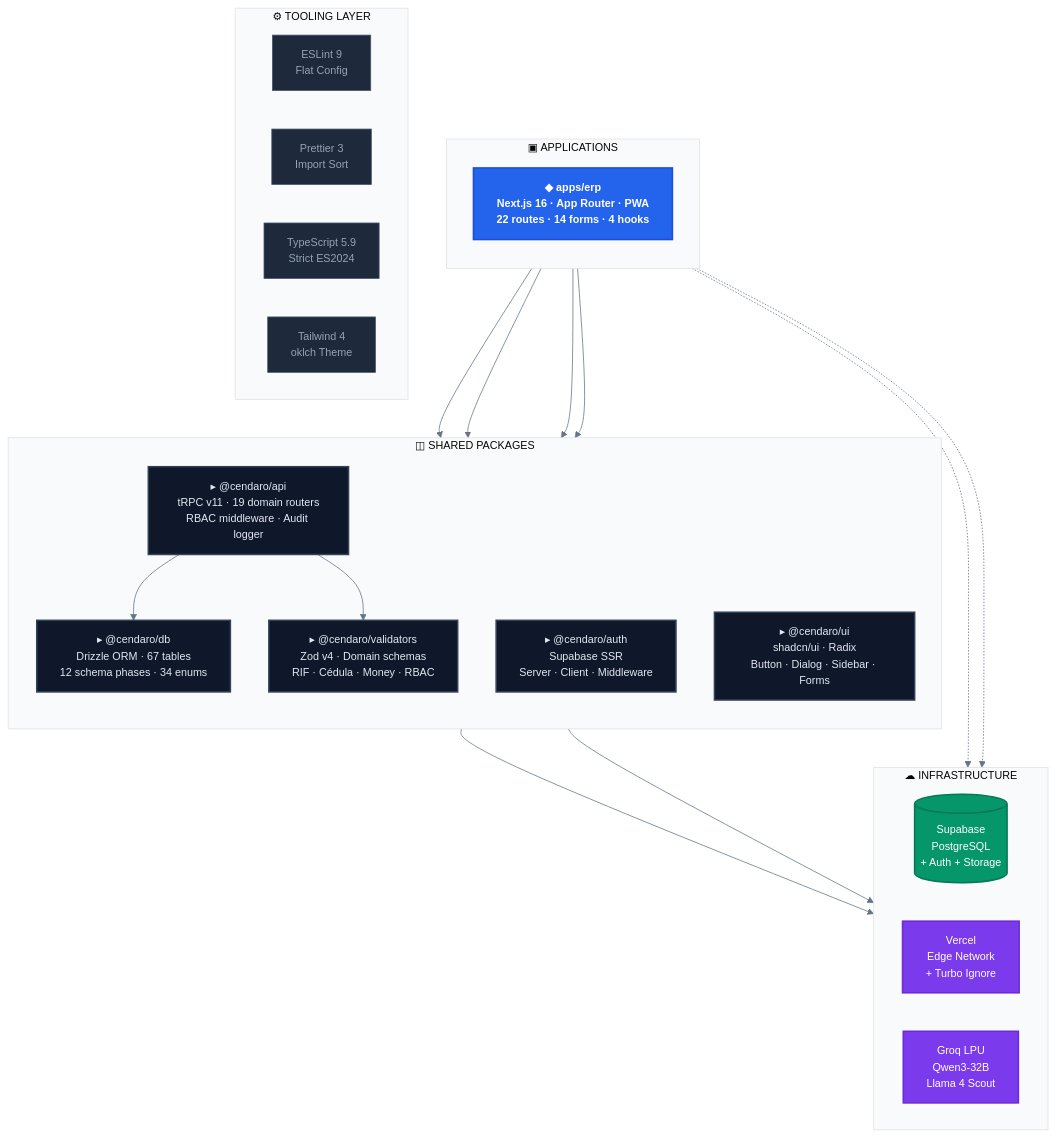
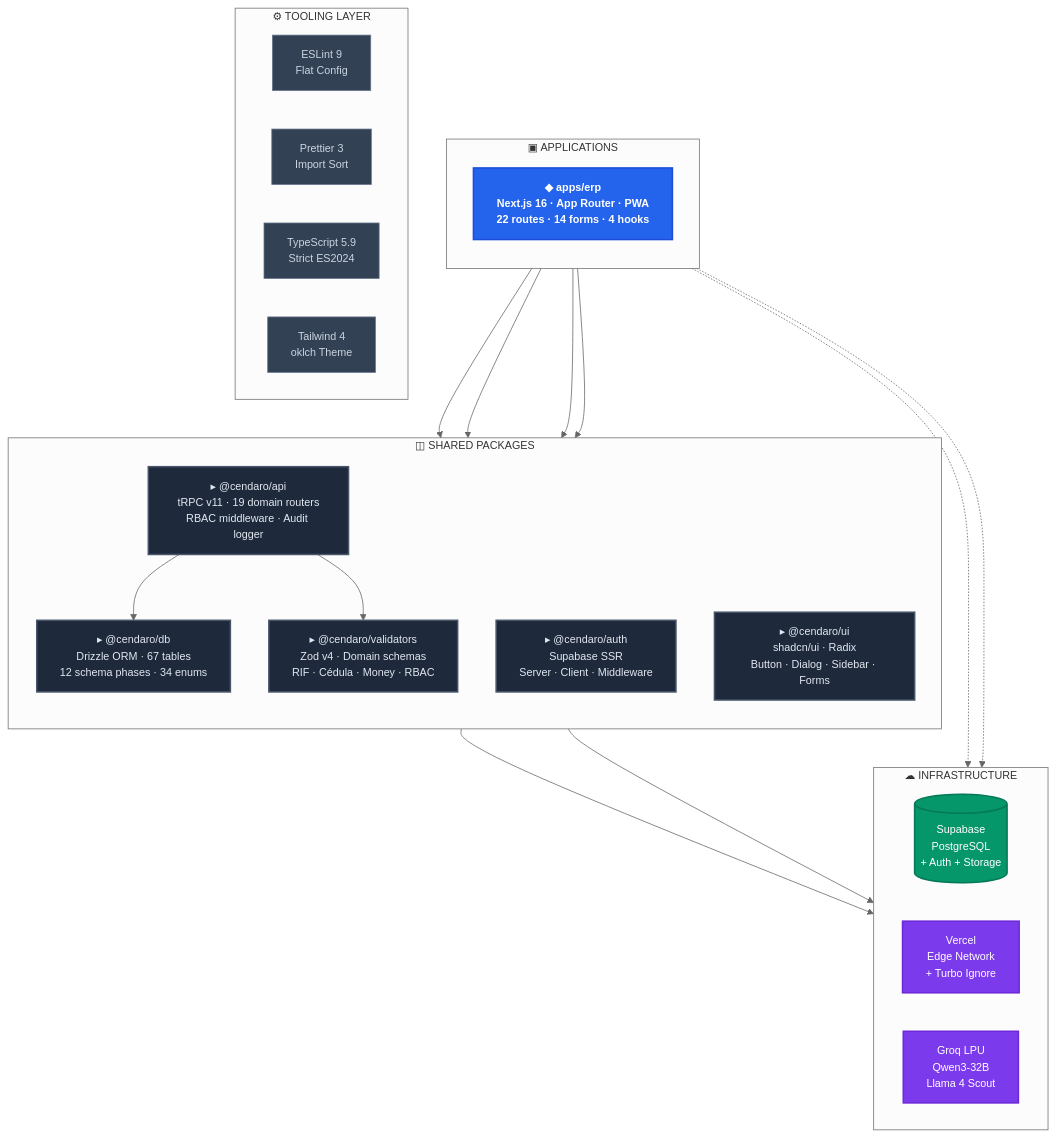
The first of 9 diagrams in README.md (jesusjosezapata99-jpg/Cendaro), drawn with Mermaid before and after one commit. The commit also changed other lines of this file and 15 other files, not shown here.

Commit message:
feat: implement security hardening with rate limiting, auth guards, and shared validation schemas

````diff
--- a/README.md
+++ b/README.md
@@ -42,50 +47,50 @@
 ```mermaid
-%%{init: {'theme': 'base', 'themeVariables': {'primaryColor': '#2463eb', 'primaryTextColor': '#fff', 'primaryBorderColor': '#1d4ed8', 'lineColor': '#64748b', 'secondaryColor': '#f1f5f9', 'tertiaryColor': '#f8fafc', 'fontSize': '14px'}}}%%
+%%{init: {'theme': 'neutral', 'themeVariables': {'fontSize': '14px'}}}%%
 
 graph TB
   classDef app fill:#2463eb,stroke:#1d4ed8,color:#fff,stroke-width:2px,font-weight:bold
-  classDef pkg fill:#0f172a,stroke:#334155,color:#e2e8f0,stroke-width:2px
-  classDef tool fill:#1e293b,stroke:#475569,color:#94a3b8,stroke-width:1px
+  classDef pkg fill:#1e293b,stroke:#475569,color:#e2e8f0,stroke-width:2px
+  classDef tool fill:#334155,stroke:#64748b,color:#cbd5e1,stroke-width:1px
   classDef infra fill:#059669,stroke:#047857,color:#fff,stroke-width:2px
   classDef external fill:#7c3aed,stroke:#6d28d9,color:#fff,stroke-width:2px
 
   subgraph APPS["▣  APPLICATIONS"]
     direction TB
     ERP["◆ apps/erp\nNext.js 16 · App Router · PWA\n22 routes · 14 forms · 4 hooks"]:::app
   end
 
   subgraph PACKAGES["◫  SHARED PACKAGES"]
     direction TB
     API["▸ @cendaro/api\ntRPC v11 · 19 domain routers\nRBAC middleware · Audit logger"]:::pkg
     DB["▸ @cendaro/db\nDrizzle ORM · 67 tables\n12 schema phases · 34 enums"]:::pkg
     AUTH["▸ @cendaro/auth\nSupabase SSR\nServer · Client · Middleware"]:::pkg
     UI["▸ @cendaro/ui\nshadcn/ui · Radix\nButton · Dialog · Sidebar · Forms"]:::pkg
     VAL["▸ @cendaro/validators\nZod v4 · Domain schemas\nRIF · Cédula · Money · RBAC"]:::pkg
   end
 
   subgraph TOOLING["⚙  TOOLING LAYER"]
     direction LR
     T1["ESLint 9\nFlat Config"]:::tool
     T2["Prettier 3\nImport Sort"]:::tool
     T3["TypeScript 5.9\nStrict ES2024"]:::tool
     T4["Tailwind 4\noklch Theme"]:::tool
   end
 
   subgraph INFRA["☁  INFRASTRUCTURE"]
     direction LR
     SB[("Supabase\nPostgreSQL\n+ Auth + Storage")]:::infra
     VCL["Vercel\nEdge Network\n+ Turbo Ignore"]:::external
     GROQ["Groq LPU\nQwen3-32B\nLlama 4 Scout"]:::external
   end
 
   ERP --> API
   ERP --> AUTH
   ERP --> UI
   ERP --> VAL
   API --> DB
   API --> VAL
   DB --> SB
   AUTH --> SB
   ERP -.-> VCL
   ERP -.-> GROQ
 ```
````
